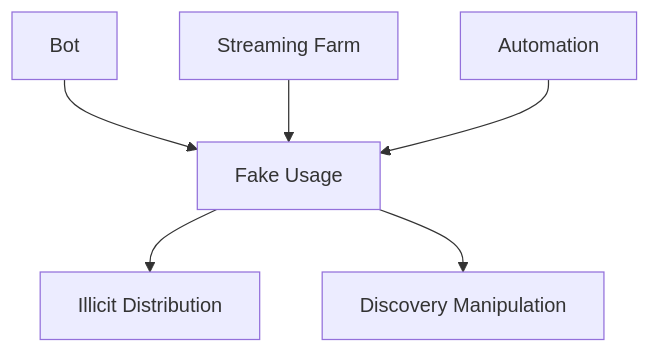
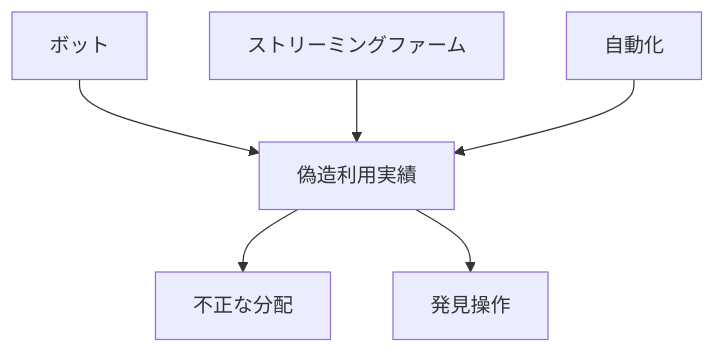
Diagram 13 of 48 in docs/whitepaper/10-security.md (ShigeichiroYamasaki/creator-first-platform), drawn with Mermaid before and after one commit. The commit also changed other lines of this file and 72 other files, not shown here.

````diff
--- a/docs/whitepaper/10-security.md
+++ b/docs/whitepaper/10-security.md
@@ -416,14 +416,14 @@
 ```mermaid
 flowchart TD
-    BOT[Bot]
-    FARM[Streaming Farm]
-    SCRIPT[Automation]
-    FAKE[Fake Usage]
+    BOT[ボット]
+    FARM[ストリーミングファーム]
+    SCRIPT[自動化]
+    FAKE[偽造利用実績]
 
     BOT --> FAKE
     FARM --> FAKE
     SCRIPT --> FAKE
 
-    FAKE --> MONEY[Illicit Distribution]
-    FAKE --> DISC[Discovery Manipulation]
+    FAKE --> MONEY[不正な分配]
+    FAKE --> DISC[発見操作]
 ```
````
